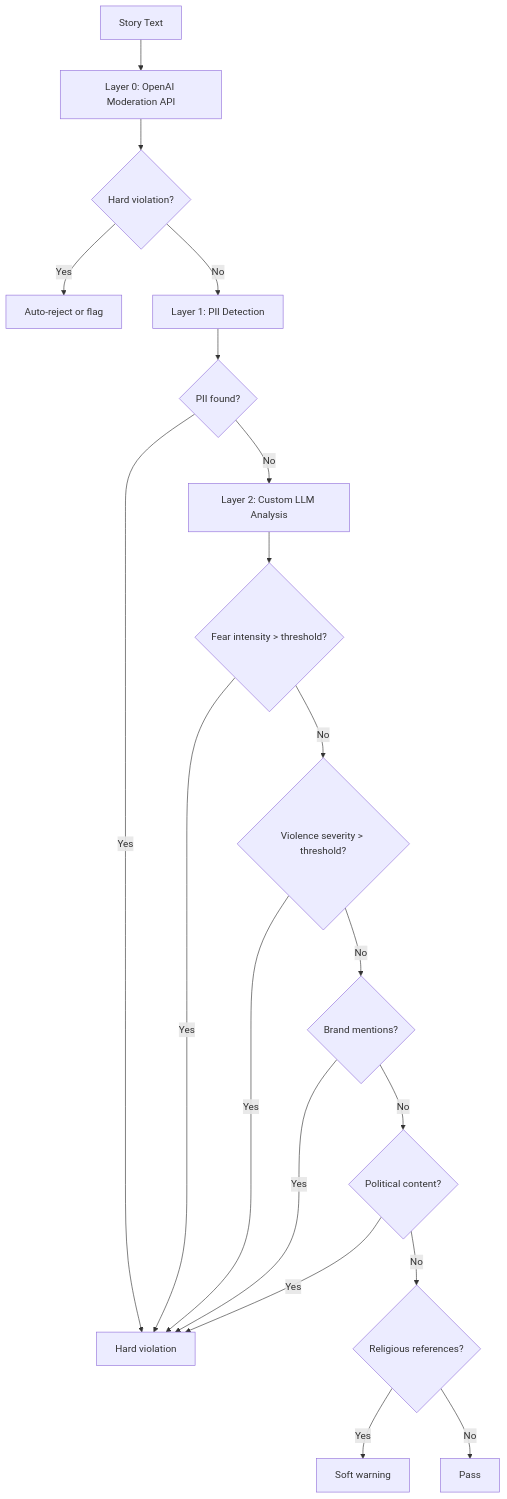
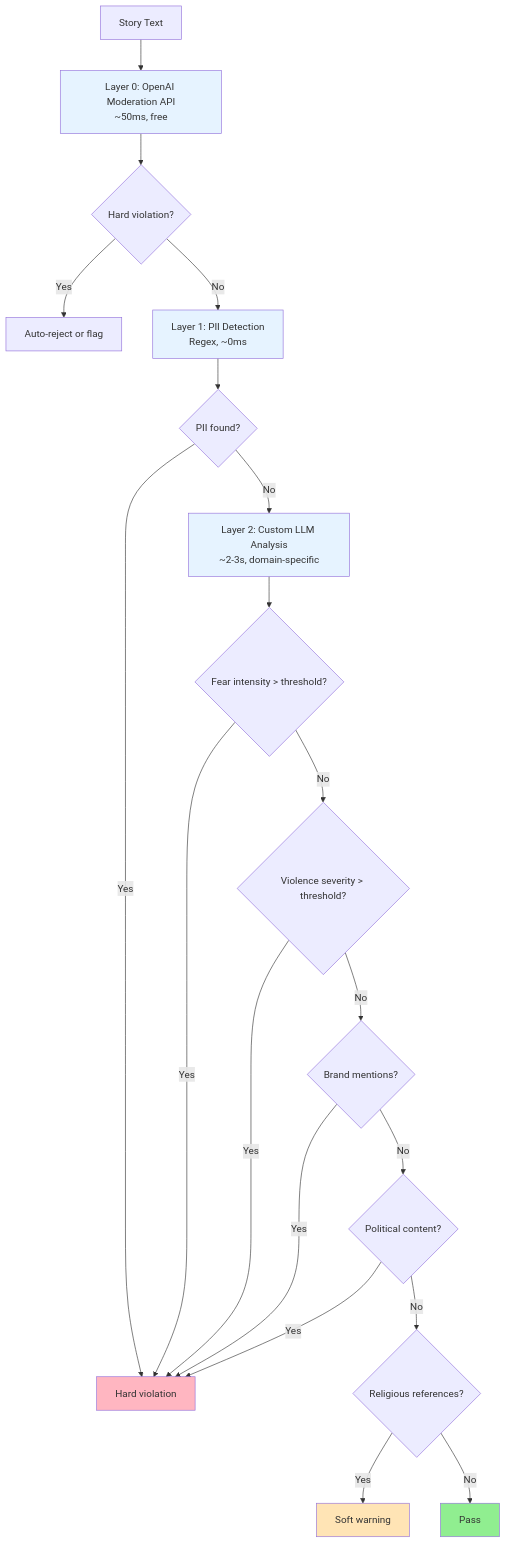
The second of 3 diagrams in docs/guardrails.md (kanavkalra-in/kids_story_agent), drawn with Mermaid before and after one commit. The commit also changed other lines of this file and 3 other files, not shown here.

````diff
--- a/docs/guardrails.md
+++ b/docs/guardrails.md
@@ -401,23 +401,30 @@
 ```mermaid
 graph TD
-    START["Story Text"] --> L0["Layer 0: OpenAI Moderation API"]
+    START["Story Text"] --> L0["Layer 0: OpenAI Moderation API<br/>~50ms, free"]
     L0 --> L0_CHECK{"Hard violation?"}
     L0_CHECK -->|Yes| AUTO_REJECT["Auto-reject or flag"]
-    L0_CHECK -->|No| L1["Layer 1: PII Detection"]
+    L0_CHECK -->|No| L1["Layer 1: PII Detection<br/>Regex, ~0ms"]
     
     L1 --> L1_CHECK{"PII found?"}
     L1_CHECK -->|Yes| HARD_VIOLATION["Hard violation"]
-    L1_CHECK -->|No| L2["Layer 2: Custom LLM Analysis"]
+    L1_CHECK -->|No| L2["Layer 2: Custom LLM Analysis<br/>~2-3s, domain-specific"]
     
     L2 --> FEAR{"Fear intensity > threshold?"}
     FEAR -->|Yes| HARD_VIOLATION
     FEAR -->|No| VIOLENCE{"Violence severity > threshold?"}
     VIOLENCE -->|Yes| HARD_VIOLATION
     VIOLENCE -->|No| BRAND{"Brand mentions?"}
     BRAND -->|Yes| HARD_VIOLATION
     BRAND -->|No| POLITICAL{"Political content?"}
     POLITICAL -->|Yes| HARD_VIOLATION
     POLITICAL -->|No| RELIGIOUS{"Religious references?"}
     RELIGIOUS -->|Yes| SOFT_WARNING["Soft warning"]
     RELIGIOUS -->|No| PASS["Pass"]
+    
+    style L0 fill:#E6F3FF
+    style L1 fill:#E6F3FF
+    style L2 fill:#E6F3FF
+    style HARD_VIOLATION fill:#FFB6C1
+    style SOFT_WARNING fill:#FFE4B5
+    style PASS fill:#90EE90
 ```
````
